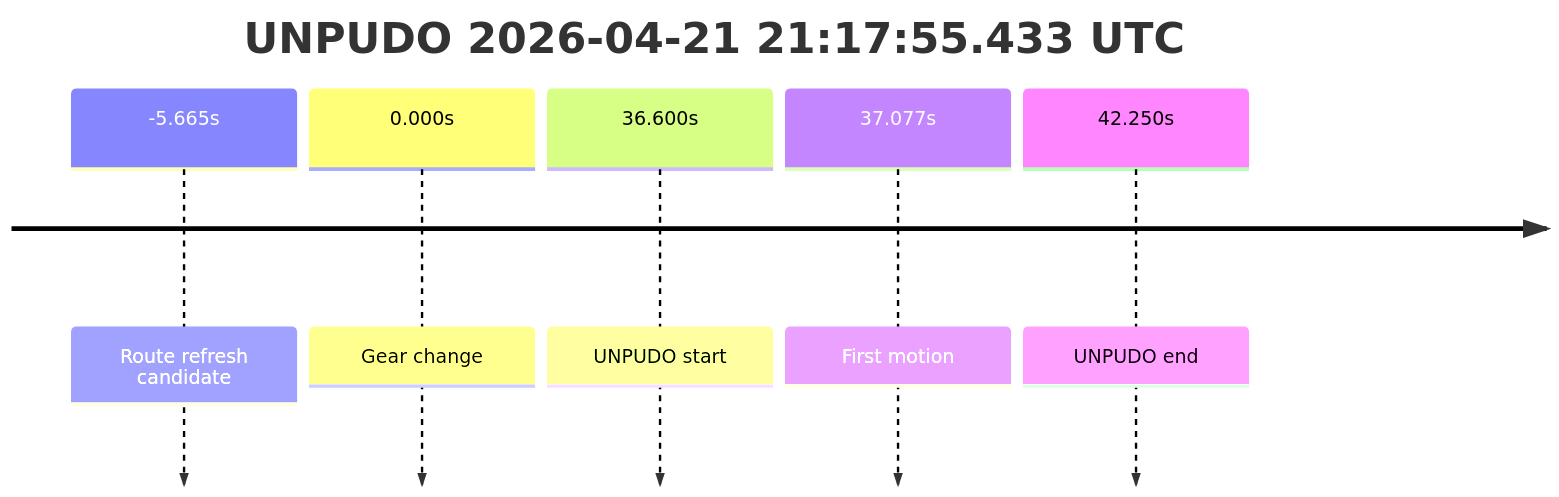
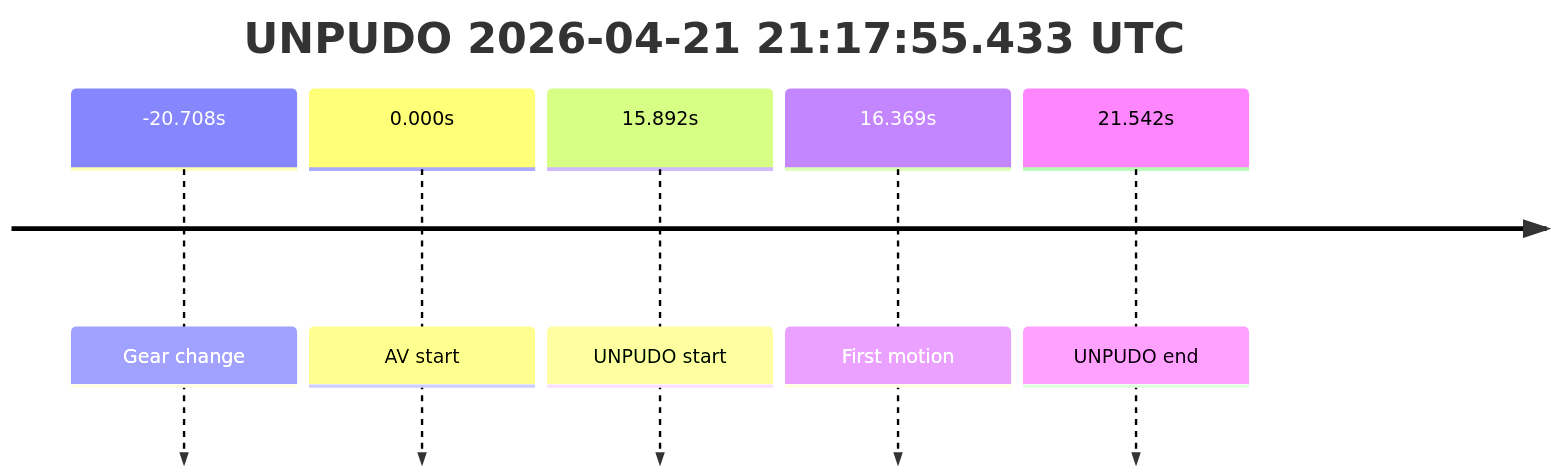
Before and after one commit to yoelshapiro/vault: the third of 5 diagrams in model_analysis/report_cards/2026/04/Week-4/fme20009--2026-04-21--20-53-31--gen2-av-c485ff0d-599e-495f-bee7-17c4a854ab52.md, drawn with Mermaid. The commit also changed other lines of this file and 1 other file, not shown here.

````diff
--- a/model_analysis/report_cards/2026/04/Week-4/fme20009--2026-04-21--20-53-31--gen2-av-c485ff0d-599e-495f-bee7-17c4a854ab52.md
+++ b/model_analysis/report_cards/2026/04/Week-4/fme20009--2026-04-21--20-53-31--gen2-av-c485ff0d-599e-495f-bee7-17c4a854ab52.md
@@ -153,9 +151,9 @@
 ```mermaid
 timeline
     title UNPUDO 2026-04-21 21:17:55.433 UTC
-    -5.665s : Route refresh candidate
-    0.000s : Gear change
-    36.600s : UNPUDO start
-    37.077s : First motion
-    42.250s : UNPUDO end
+    -20.708s : Gear change
+    0.000s : AV start
+    15.892s : UNPUDO start
+    16.369s : First motion
+    21.542s : UNPUDO end
 ```
````
